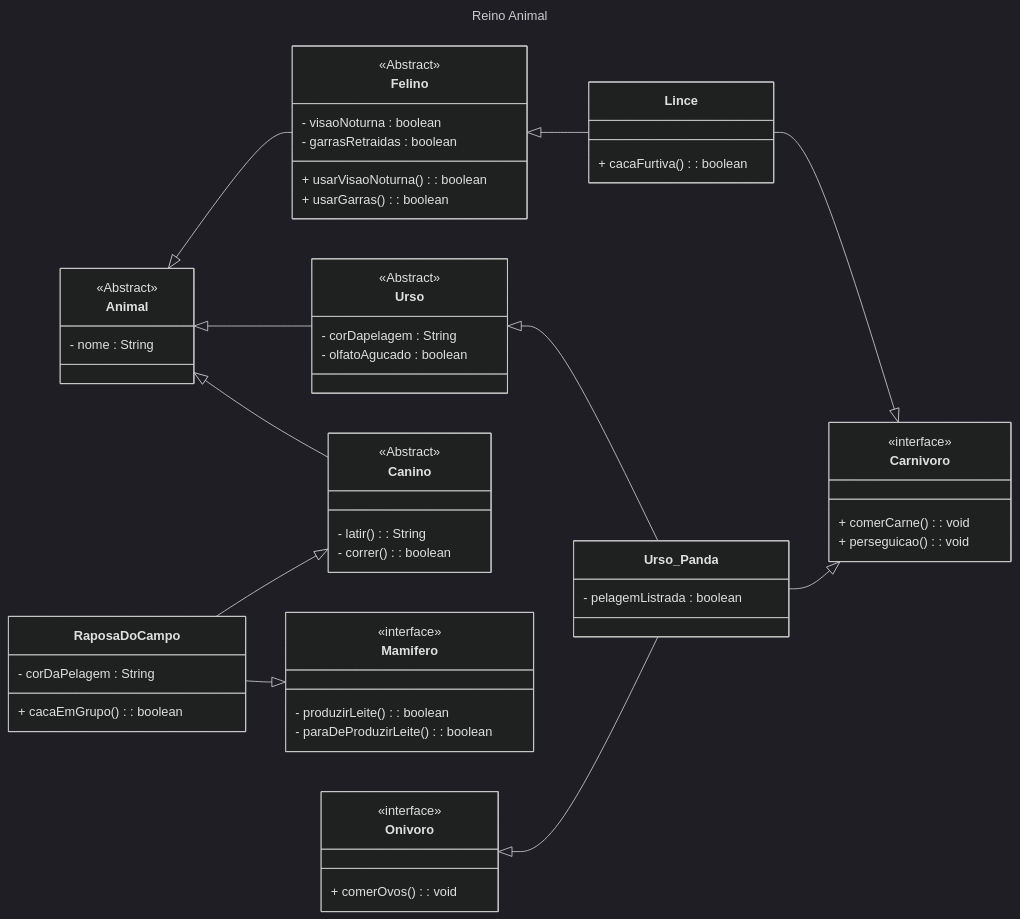
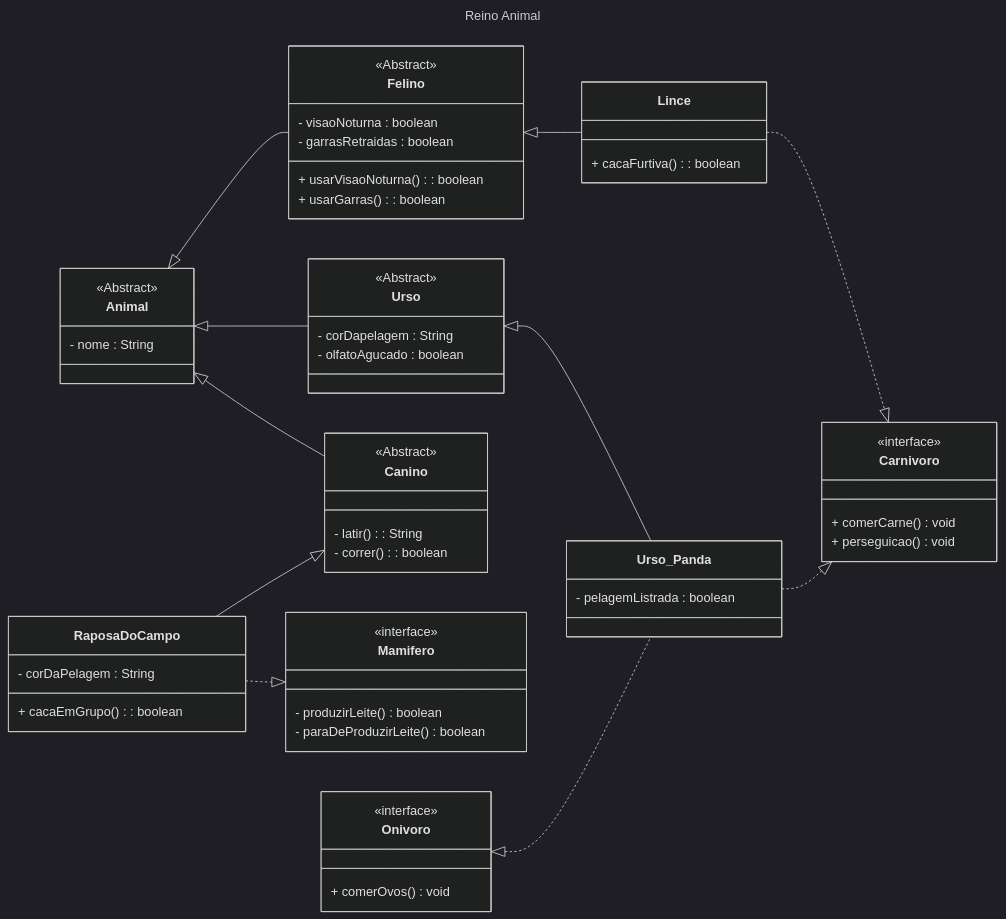
Before and after one commit to nicolas4pitz/POO-IFSC: the diagram in aula-26/mermaid.md, drawn with Mermaid (dark theme).

Commit message:
ajustado as interfaces no mermaid

````diff
--- a/aula-26/mermaid.md
+++ b/aula-26/mermaid.md
@@ -1,81 +1,81 @@
 ```mermaid
 ---
 title: Reino Animal
 ---
 classDiagram
 
     direction LR
 
     class Animal{
         <<Abstract>>
         - nome : String
     }
 
     Animal <|-- Urso
     Animal <|-- Felino
     Animal <|-- Canino
 
     class Urso {
         <<Abstract>>
         - corDapelagem : String
         - olfatoAgucado : boolean
     }
 
     Urso <|-- Urso_Panda
     
     class Felino {
         <<Abstract>>
         - visaoNoturna : boolean
         - garrasRetraidas : boolean
         + usarVisaoNoturna() : boolean
         + usarGarras() : boolean
     }
 
     Felino <|-- Lince
 
     class Mamifero{
         <<interface>>
-        - produzirLeite() : boolean
-        - paraDeProduzirLeite() : boolean
+        - produzirLeite() boolean
+        - paraDeProduzirLeite() boolean
     }
 
     class Carnivoro{
         <<interface>>
-        + comerCarne() : void
-        + perseguicao() : void
+        + comerCarne() void
+        + perseguicao() void
     }
 
-    Lince --|> Carnivoro
+    Lince ..|> Carnivoro
 
     class Onivoro{
         <<interface>>
-        + comerOvos() : void
+        + comerOvos() void
     }
     
-    Onivoro <|-- Urso_Panda
+    Onivoro <|.. Urso_Panda
 
     class Urso_Panda{
         - pelagemListrada : boolean
     }
 
-    Urso_Panda --|> Carnivoro
+    Urso_Panda ..|> Carnivoro
 
     class Lince{
         + cacaFurtiva() : boolean
     }
 
     class Canino{
         <<Abstract>>
         - latir() : String
         - correr() : boolean
     }
     
     class RaposaDoCampo{
         - corDaPelagem : String
         + cacaEmGrupo() : boolean
     }
 
     RaposaDoCampo --|> Canino
-    RaposaDoCampo --|> Mamifero
+    RaposaDoCampo ..|> Mamifero
 
 ```
````
